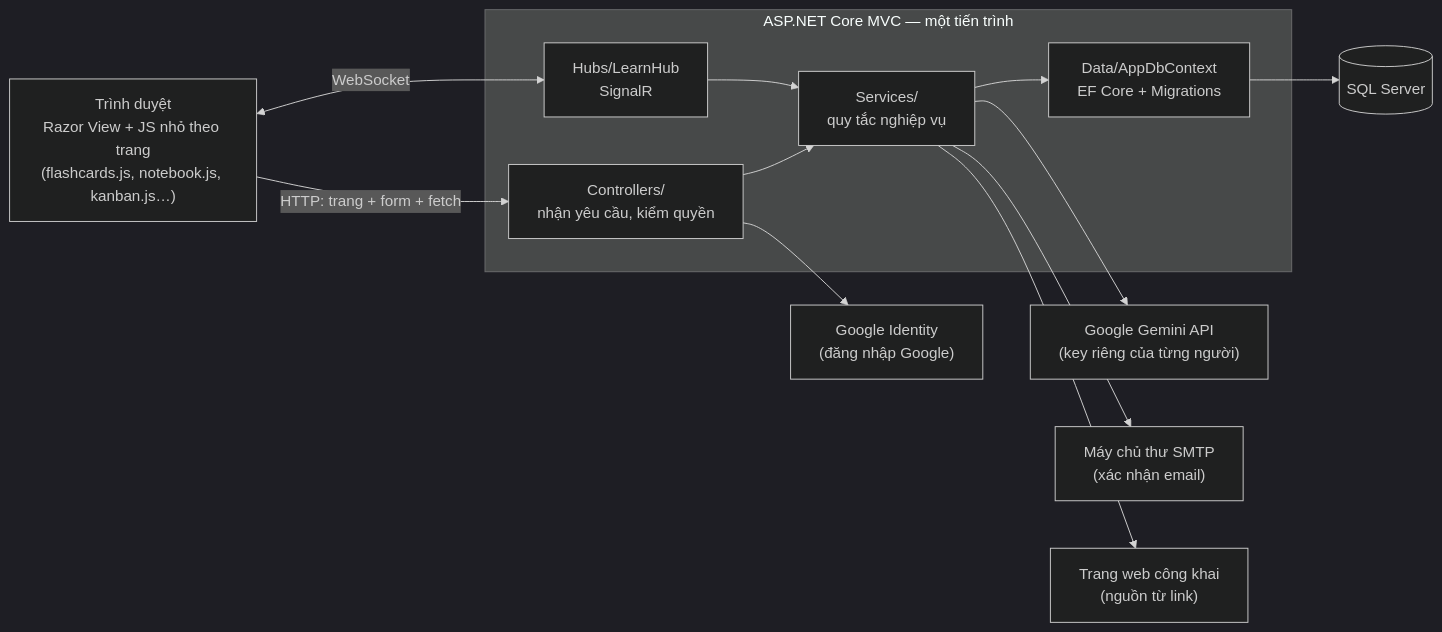
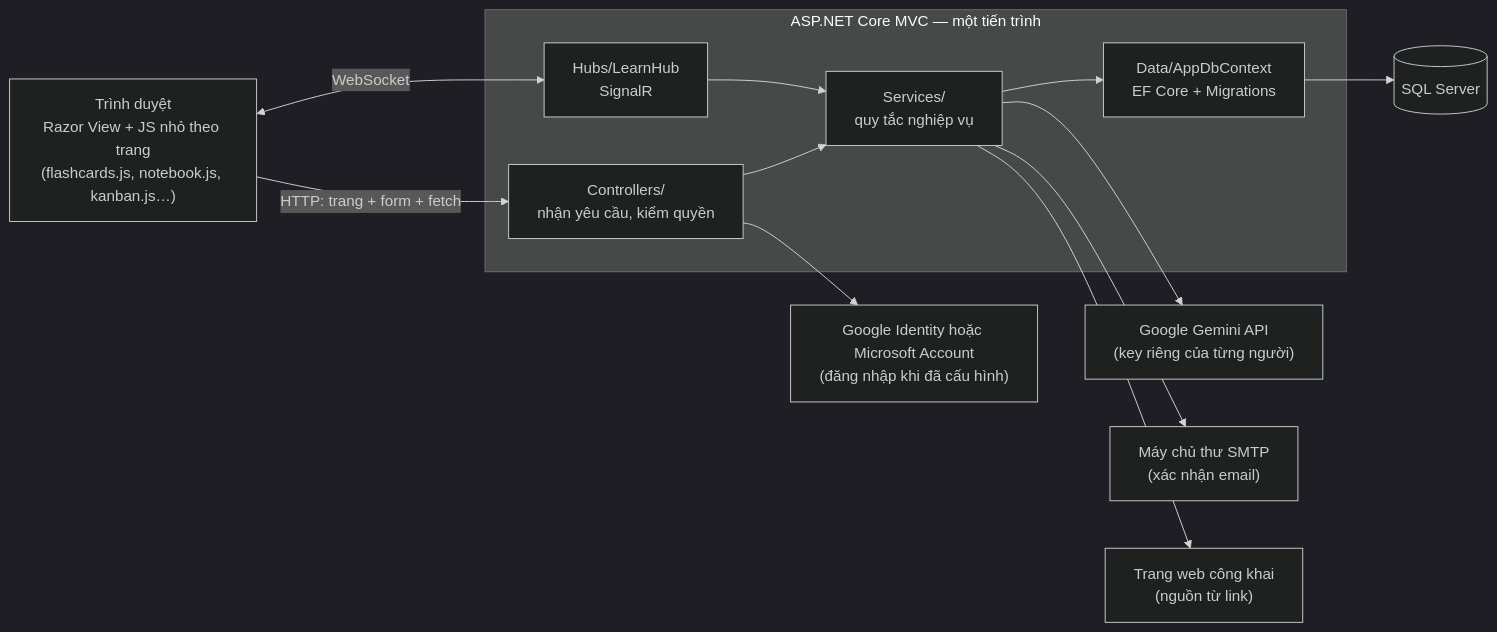
The first of 7 diagrams in docs/cnpm/TAI_LIEU_KIEN_TRUC_MOI.md (tungtungsahul/MindSprint-AI-D-n), drawn with Mermaid (dark theme) before and after one commit. The commit also changed other lines of this file and 6 other files, not shown here.

````diff
--- a/docs/cnpm/TAI_LIEU_KIEN_TRUC_MOI.md
+++ b/docs/cnpm/TAI_LIEU_KIEN_TRUC_MOI.md
@@ -20,23 +20,23 @@
 ```mermaid
 flowchart LR
     Browser["Trình duyệt<br/>Razor View + JS nhỏ theo trang<br/>(flashcards.js, notebook.js, kanban.js…)"]
     subgraph App["ASP.NET Core MVC — một tiến trình"]
         C["Controllers/<br/>nhận yêu cầu, kiểm quyền"]
         S["Services/<br/>quy tắc nghiệp vụ"]
         H["Hubs/LearnHub<br/>SignalR"]
         EF["Data/AppDbContext<br/>EF Core + Migrations"]
     end
     DB[("SQL Server")]
     Gemini["Google Gemini API<br/>(key riêng của từng người)"]
-    GoogleId["Google Identity<br/>(đăng nhập Google)"]
+    IdentityProvider["Google Identity hoặc Microsoft Account<br/>(đăng nhập khi đã cấu hình)"]
     Smtp["Máy chủ thư SMTP<br/>(xác nhận email)"]
     Web["Trang web công khai<br/>(nguồn từ link)"]
     Browser -- "HTTP: trang + form + fetch" --> C
     Browser <-- "WebSocket" --> H
     C --> S --> EF --> DB
     H --> S
     S --> Gemini
     S --> Web
-    C --> GoogleId
+    C --> IdentityProvider
     S --> Smtp
 ```
````
